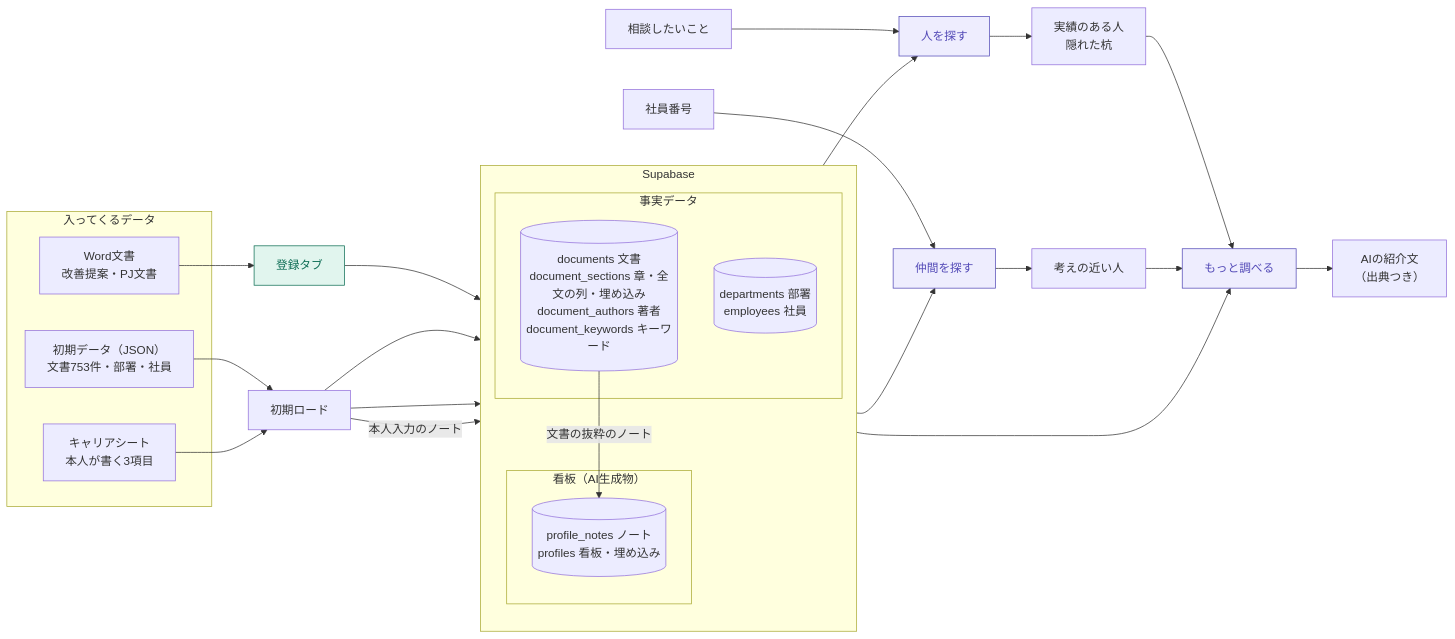
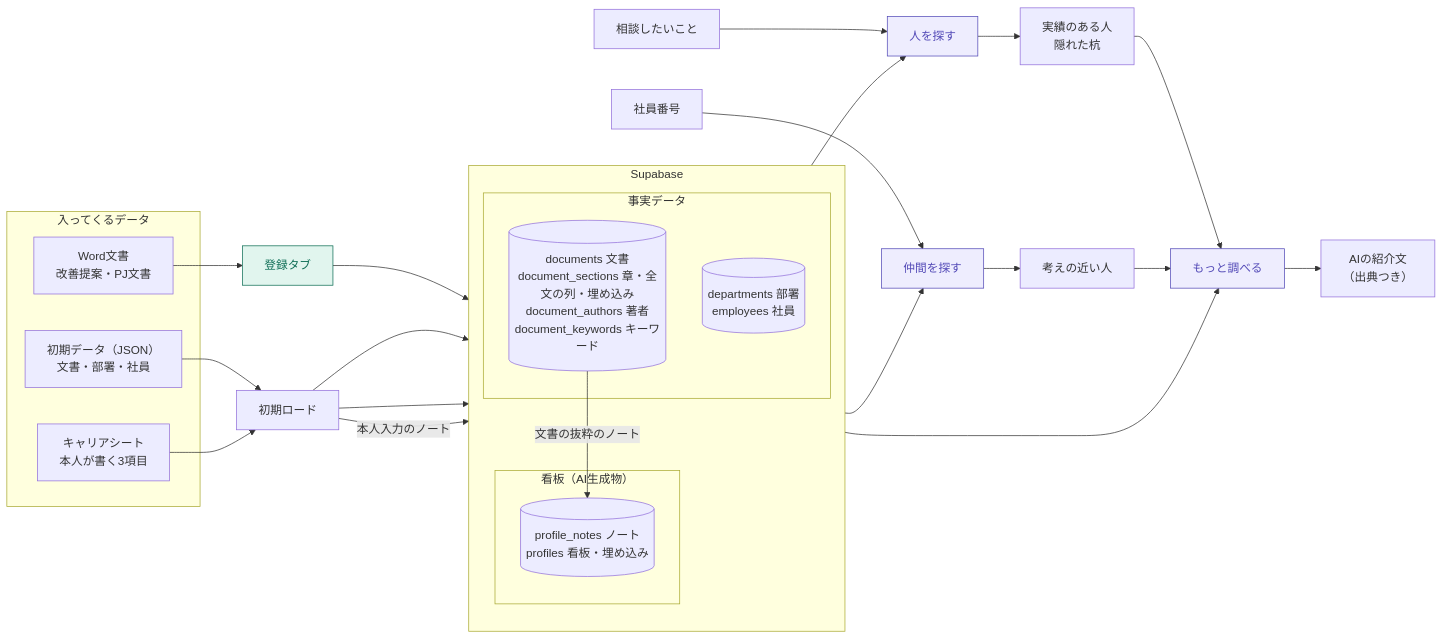
The first of 5 diagrams in docs/data_flow.md (emon0415/DATA-TRIANGLE_261013), drawn with Mermaid before and after one commit. The commit also changed other lines of this file and 2 other files, not shown here.

Commit message:
構成図の件数を、ナレッジの拡充のあとの数に直す（文書1,483件・章6,335件・看板767人など）

````diff
--- a/docs/data_flow.md
+++ b/docs/data_flow.md
@@ -13,44 +13,44 @@
 ```mermaid
 flowchart LR
     subgraph IN["入ってくるデータ"]
         W["Word文書<br>改善提案・PJ文書"]
-        J["初期データ（JSON）<br>文書753件・部署・社員"]
+        J["初期データ（JSON）<br>文書・部署・社員"]
         C["キャリアシート<br>本人が書く3項目"]
     end
 
     subgraph DB["Supabase"]
         direction TB
         subgraph FACT["事実データ"]
             T_DOC[("documents 文書<br>document_sections 章・全文の列・埋め込み<br>document_authors 著者<br>document_keywords キーワード")]
             T_MST[("departments 部署<br>employees 社員")]
         end
         subgraph AI["看板（AI生成物）"]
             T_PRF[("profile_notes ノート<br>profiles 看板・埋め込み")]
         end
     end
 
     W --> REG["登録タブ"]
     REG --> T_DOC
     J --> LOAD["初期ロード"]
     LOAD --> T_DOC & T_MST
     C --> LOAD
     LOAD -- "本人入力のノート" --> T_PRF
     T_DOC -- "文書の抜粋のノート" --> T_PRF
 
     Q["相談したいこと"] --> S1["人を探す"]
     T_DOC --> S1
     S1 --> O1["実績のある人<br>隠れた杭"]
 
     N["社員番号"] --> S2["仲間を探す"]
     T_PRF --> S2
     S2 --> O2["考えの近い人"]
 
     O1 & O2 --> S3["もっと調べる"]
     T_PRF --> S3
     S3 --> O3["AIの紹介文<br>（出典つき）"]
 
     classDef reg fill:#E1F5EE,stroke:#0F6E56,color:#0F6E56
     classDef srch fill:#EEEDFE,stroke:#534AB7,color:#534AB7
     class REG reg
     class S1,S2,S3 srch
 ```
````
